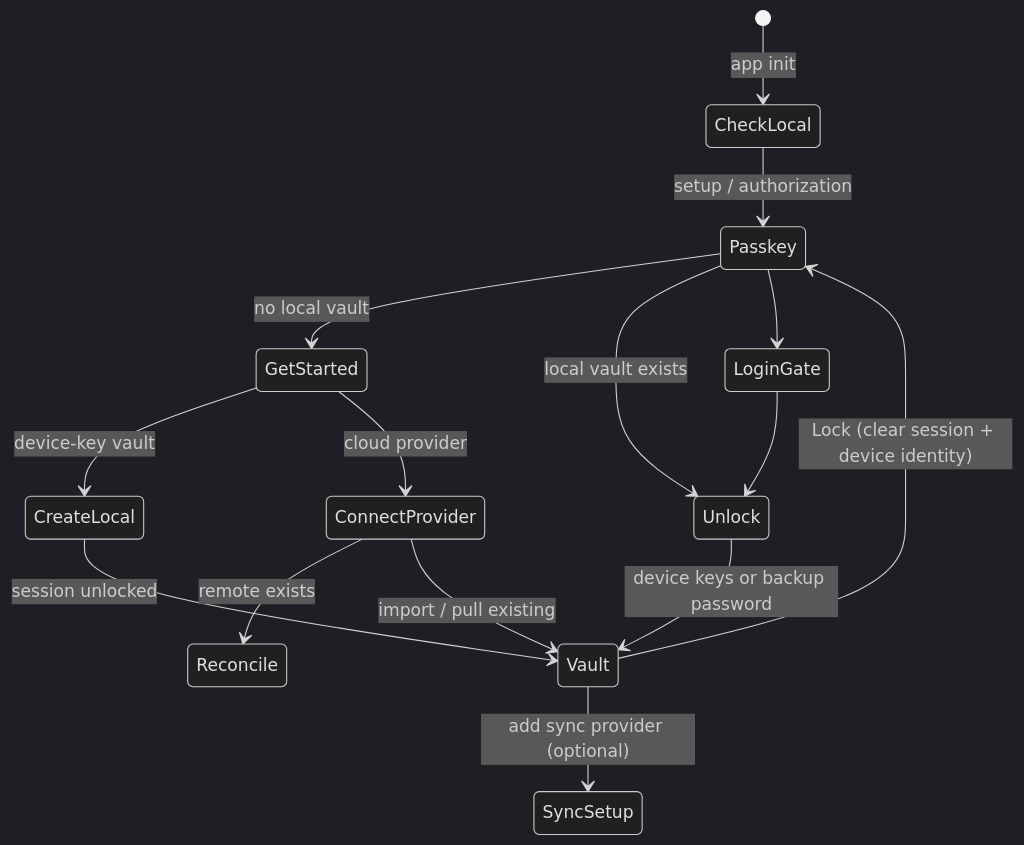
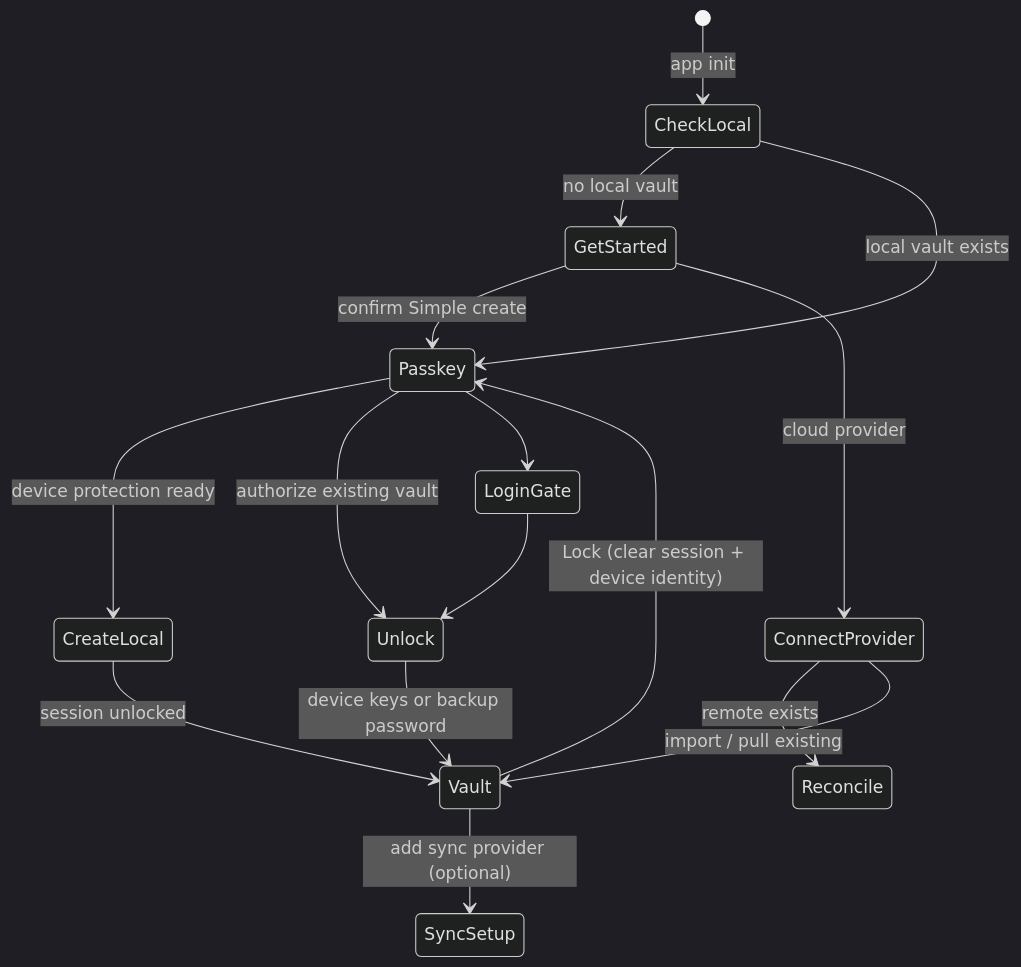
One commit to meta-secret/nook changed the third of 3 diagrams in .cortex/design-docs/unified-vault.md. Above: the diagram before and after it, drawn with Mermaid (dark theme). The commit also changed 58 other files, not shown here.

````diff
--- a/.cortex/design-docs/unified-vault.md
+++ b/.cortex/design-docs/unified-vault.md
@@ -152,17 +152,18 @@
 ```mermaid
 stateDiagram-v2
   [*] --> CheckLocal: app init
-  CheckLocal --> Passkey: setup / authorization
-  Passkey --> GetStarted: no local vault
-  Passkey --> Unlock: local vault exists
-  GetStarted --> CreateLocal: device-key vault
+  CheckLocal --> GetStarted: no local vault
+  CheckLocal --> Passkey: local vault exists
+  GetStarted --> Passkey: confirm Simple create
+  Passkey --> CreateLocal: device protection ready
+  Passkey --> Unlock: authorize existing vault
   GetStarted --> ConnectProvider: cloud provider
   CreateLocal --> Vault: session unlocked
   ConnectProvider --> Reconcile: remote exists
   ConnectProvider --> Vault: import / pull existing
   Unlock --> Vault: device keys or backup password
   Vault --> Passkey: Lock (clear session + device identity)
   Passkey --> LoginGate
   LoginGate --> Unlock
   Vault --> SyncSetup: add sync provider (optional)
 ```
````
